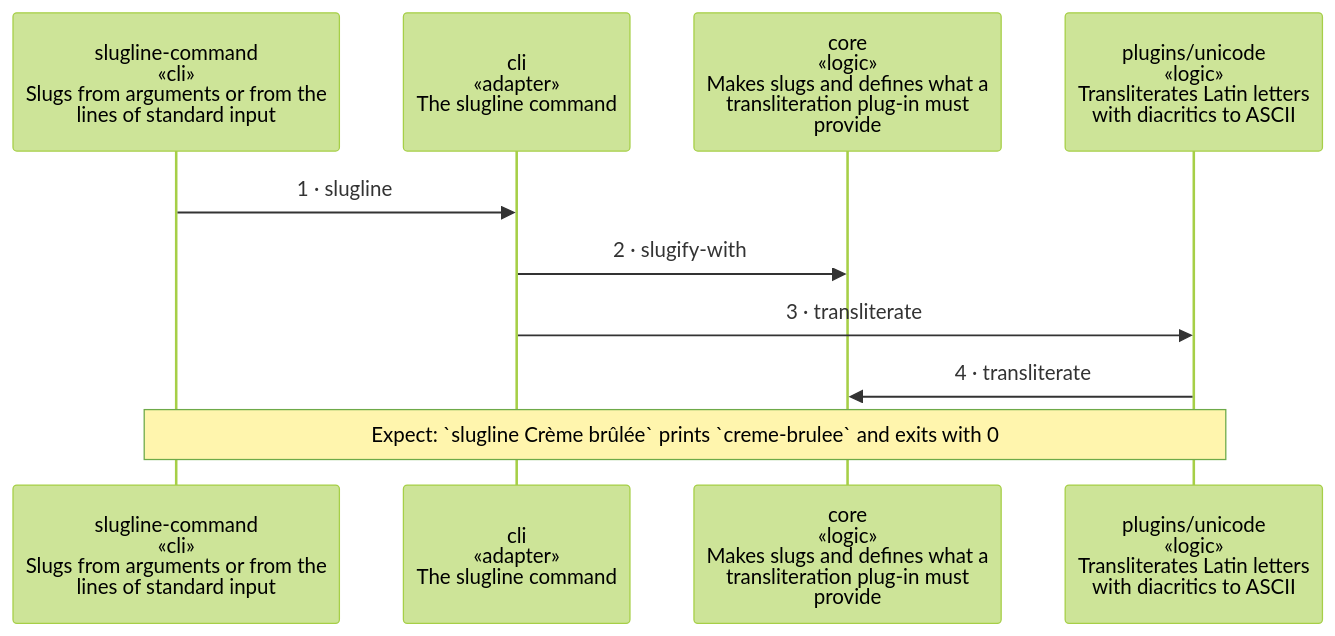
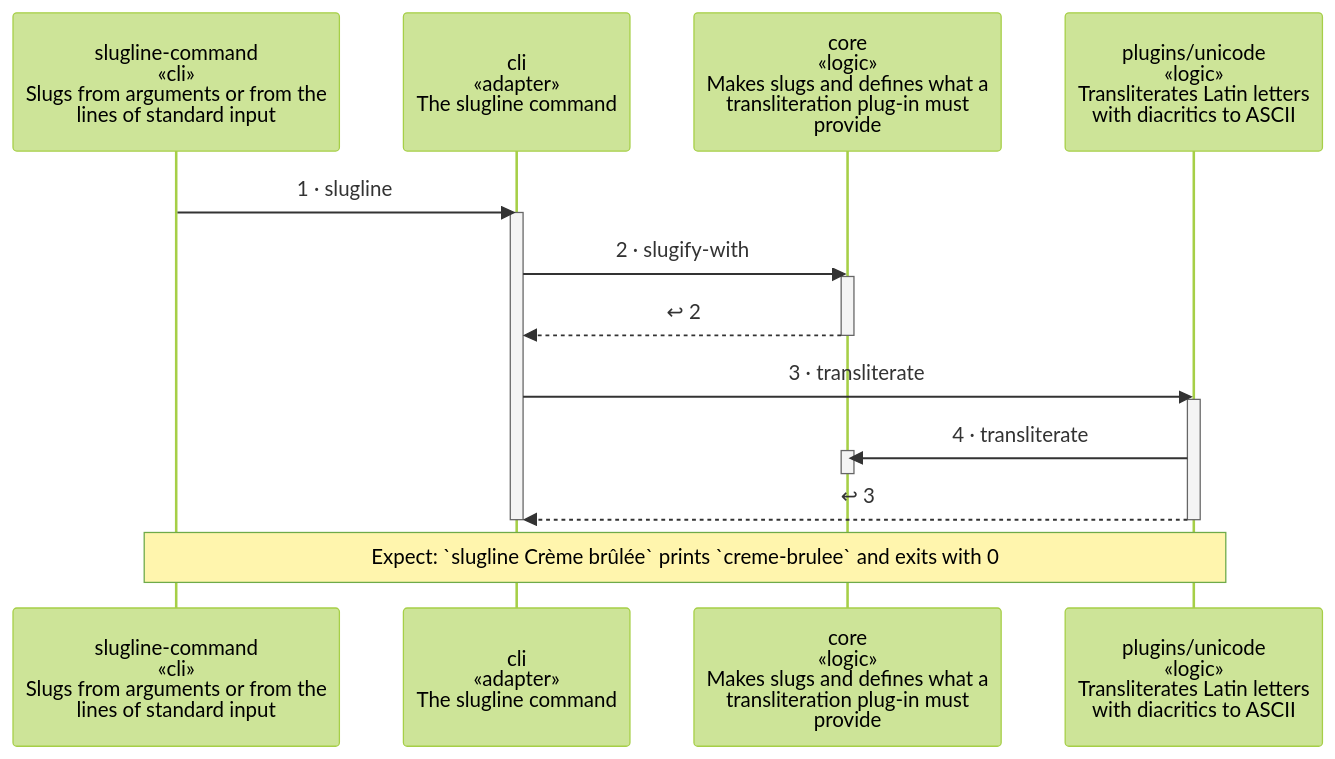
The diagram in examples/slugline/docs/diagrams/scenario-slug-from-arguments.md (wackazong/unifold), drawn with Mermaid (forest theme) before and after one commit. The commit also changed other lines of this file and 25 other files, not shown here.

````diff
--- a/examples/slugline/docs/diagrams/scenario-slug-from-arguments.md
+++ b/examples/slugline/docs/diagrams/scenario-slug-from-arguments.md
@@ -12,17 +12,27 @@
 ```mermaid
 ---
 config:
   sequence:
     height: 108
 ---
 sequenceDiagram
   participant pslugline_dcommand as slugline-command<br/>«cli»<br/>Slugs from arguments or from the<br/>lines of standard input
   participant pcli as cli<br/>«adapter»<br/>The slugline command
   participant pcore as core<br/>«logic»<br/>Makes slugs and defines what a<br/>transliteration plug-in must<br/>provide
   participant pplugins__unicode as plugins/unicode<br/>«logic»<br/>Transliterates Latin letters<br/>with diacritics to ASCII
   pslugline_dcommand->>pcli: 1 · slugline
+  activate pcli
   pcli->>pcore: 2 · slugify-with
+  activate pcore
+  pcore-->>pcli: ↩ 2
+  deactivate pcore
   pcli->>pplugins__unicode: 3 · transliterate
+  activate pplugins__unicode
   pplugins__unicode->>pcore: 4 · transliterate
+  activate pcore
+  deactivate pcore
+  pplugins__unicode-->>pcli: ↩ 3
+  deactivate pplugins__unicode
+  deactivate pcli
   Note over pslugline_dcommand,pplugins__unicode: wrap: Expect: `slugline Crème brûlée` prints `creme-brulee` and exits with 0
 ```
````
